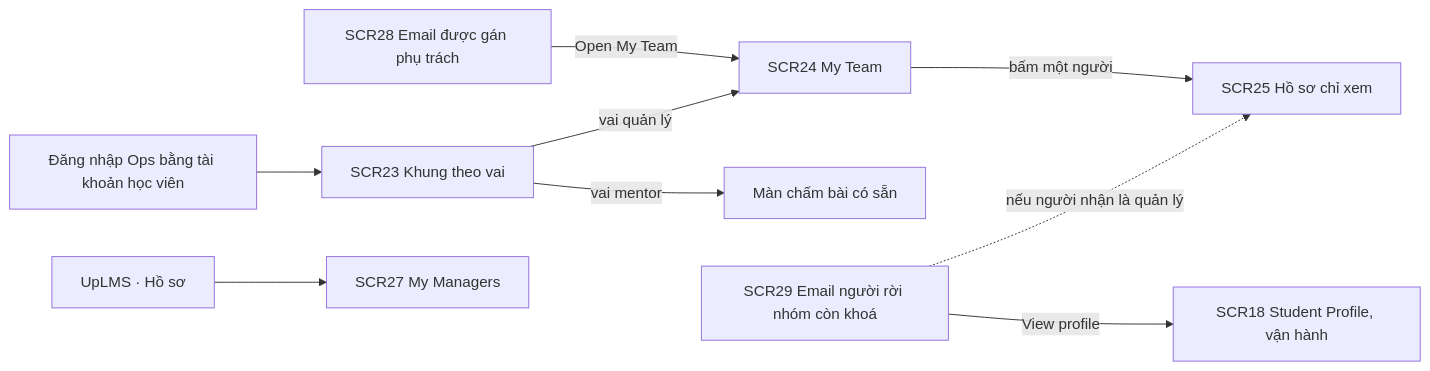
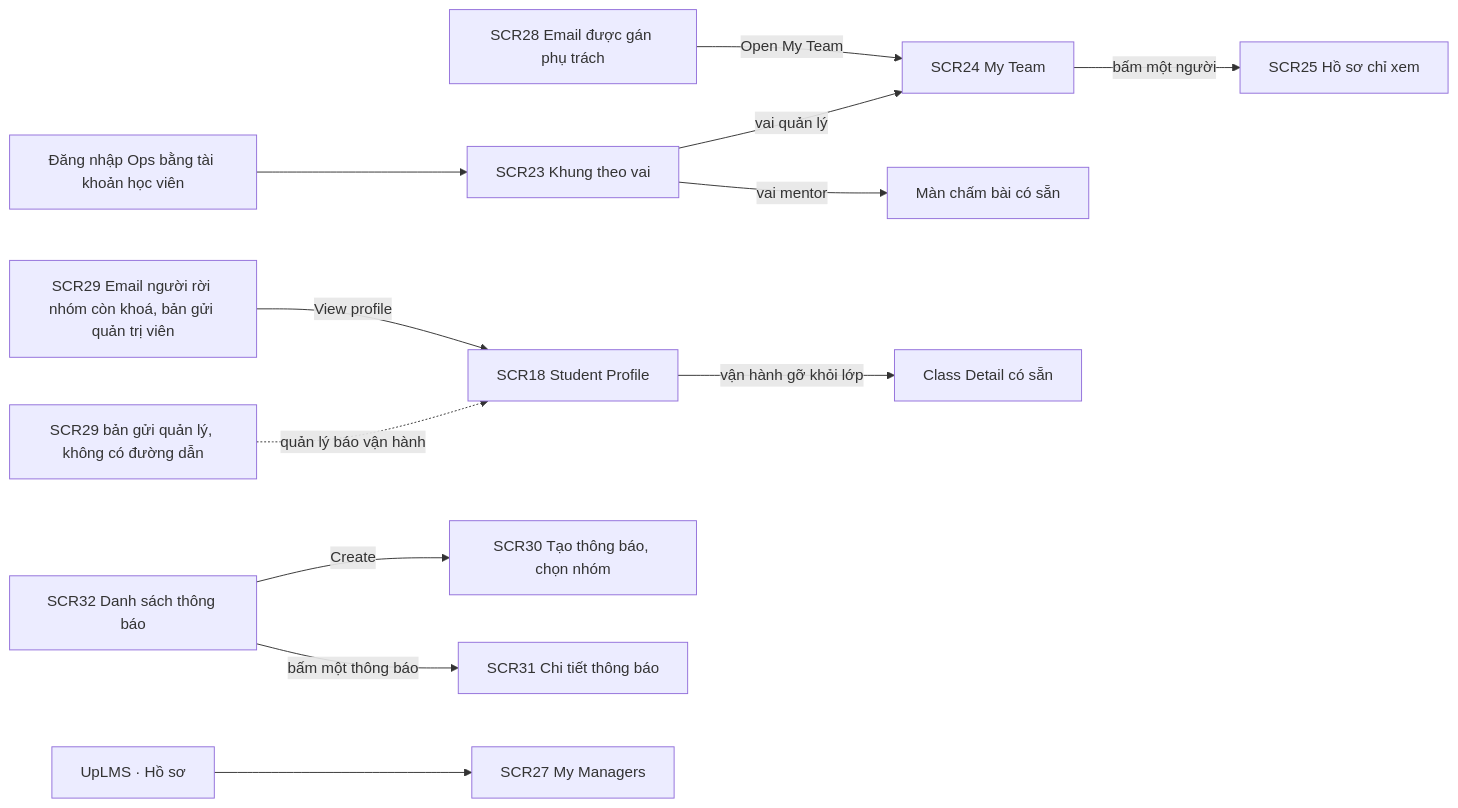
Before and after one commit to sonhero981/upbase-specs-test: the second of 2 diagrams in intents/261005-group/inception/ux-design/ux-design.md, drawn with Mermaid. The commit also changed other lines of this file, not shown here.

````diff
--- a/intents/261005-group/inception/ux-design/ux-design.md
+++ b/intents/261005-group/inception/ux-design/ux-design.md
@@ -84,11 +89,14 @@
 ```mermaid
 flowchart LR
   E2[SCR28 Email được gán phụ trách] -->|Open My Team| T[SCR24 My Team]
   LOGIN[Đăng nhập Ops bằng tài khoản học viên] --> SH[SCR23 Khung theo vai]
   SH -->|vai quản lý| T
   SH -->|vai mentor| G[Màn chấm bài có sẵn]
   T -->|bấm một người| PV[SCR25 Hồ sơ chỉ xem]
-  E1[SCR29 Email người rời nhóm còn khoá] -->|View profile| SP[SCR18 Student Profile, vận hành]
-  E1 -.->|nếu người nhận là quản lý| PV
+  E1[SCR29 Email người rời nhóm còn khoá, bản gửi quản trị viên] -->|View profile| SP[SCR18 Student Profile]
+  E1M[SCR29 bản gửi quản lý, không có đường dẫn] -.->|quản lý báo vận hành| SP
+  SP -->|vận hành gỡ khỏi lớp| CD[Class Detail có sẵn]
+  NL[SCR32 Danh sách thông báo] -->|Create| NC[SCR30 Tạo thông báo, chọn nhóm]
+  NL -->|bấm một thông báo| ND[SCR31 Chi tiết thông báo]
   U[UpLMS · Hồ sơ] --> MM[SCR27 My Managers]
 ```
````
